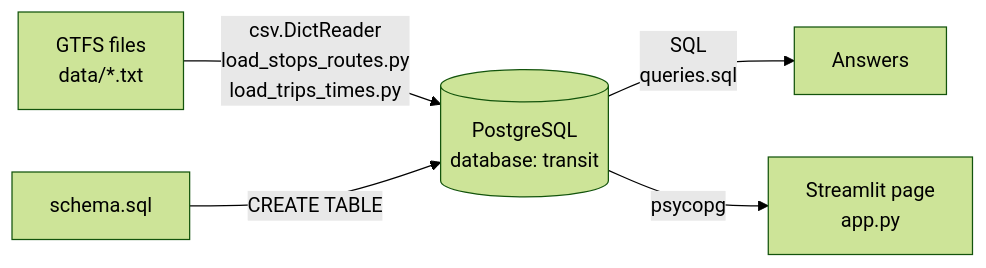
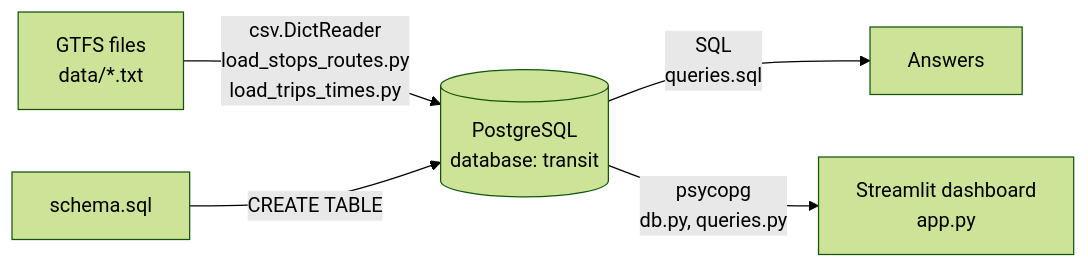
The first of 2 diagrams in README.md (ZahanAhmedKhan/transit-tracker), drawn with Mermaid (forest theme) before and after one commit. The commit also changed other lines of this file and 7 other files, not shown here.

````diff
--- a/README.md
+++ b/README.md
@@ -9,7 +9,7 @@
 ```mermaid
 flowchart LR
     A["GTFS files<br/>data/*.txt"] -->|"csv.DictReader<br/>load_stops_routes.py<br/>load_trips_times.py"| B[("PostgreSQL<br/>database: transit")]
     S["schema.sql"] -->|"CREATE TABLE"| B
     B -->|"SQL<br/>queries.sql"| C["Answers"]
-    B -->|"psycopg"| D["Streamlit page<br/>app.py"]
+    B -->|"psycopg<br/>db.py, queries.py"| D["Streamlit dashboard<br/>app.py"]
 ```
````
